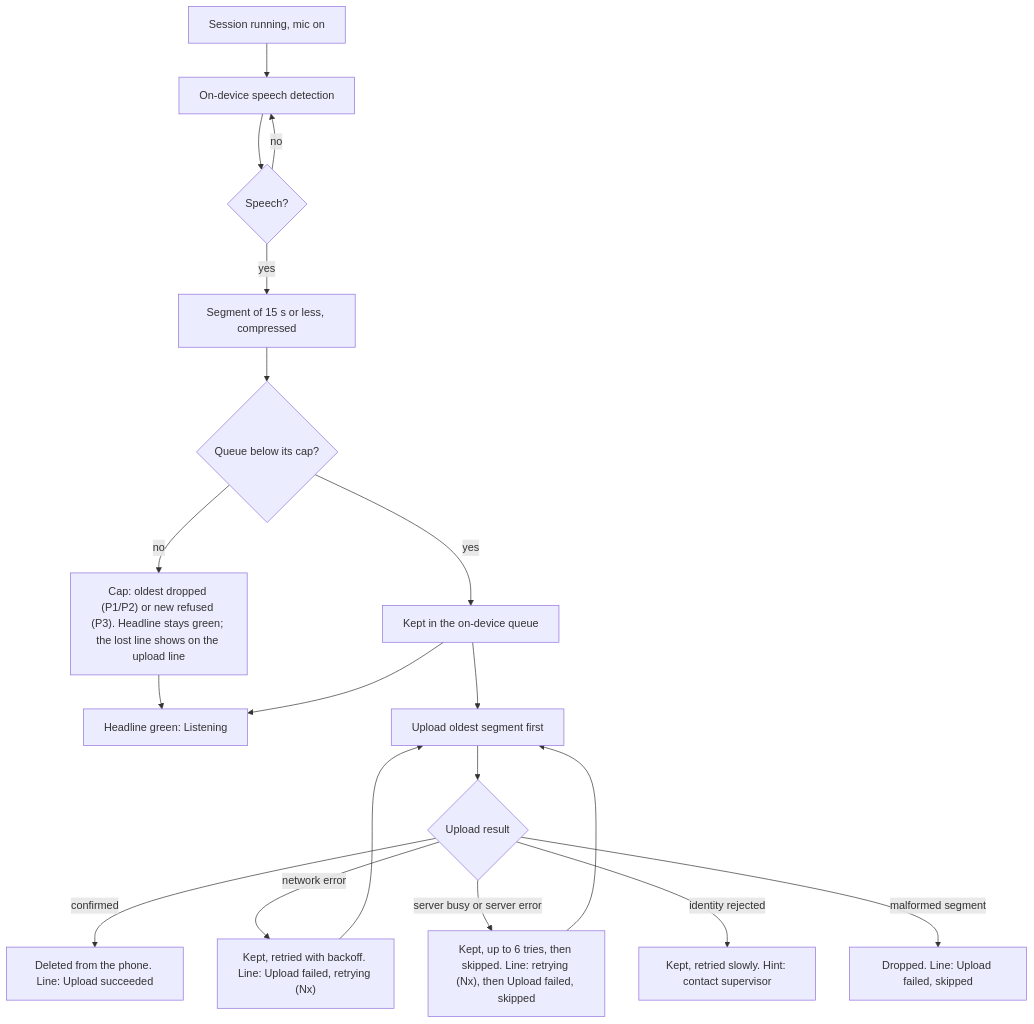
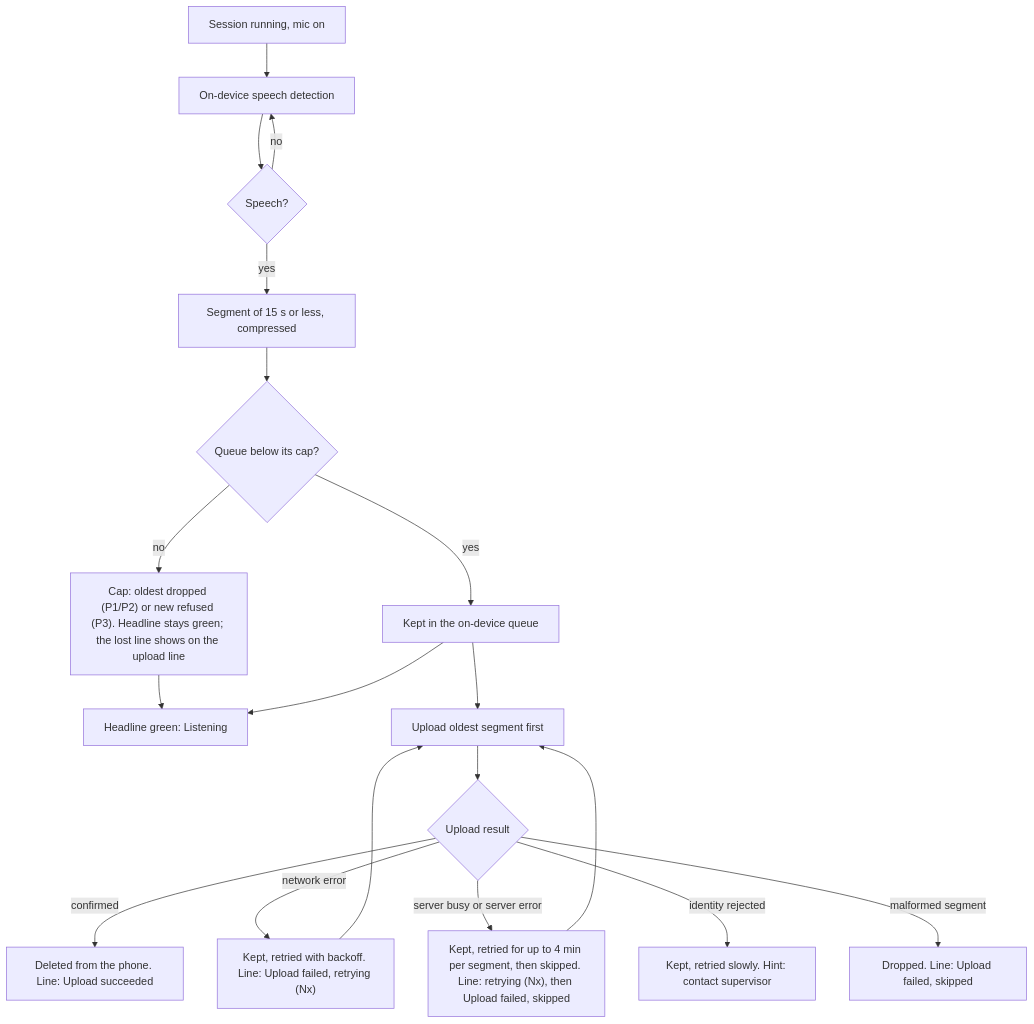
Before and after one commit to ranggabagas30/bee6: the fourth of 12 diagrams in docs/specs/technical-specification.md, drawn with Mermaid. The commit also changed other lines of this file and 5 other files, not shown here.

First line of the commit message:
docs: bring the technical specification, architecture and specs up to date (18 Oct)

````diff
--- a/docs/specs/technical-specification.md
+++ b/docs/specs/technical-specification.md
@@ -580,21 +595,21 @@
 ```mermaid
 flowchart TD
     B1["Session running, mic on"] --> B2["On-device speech detection"]
     B2 --> B3{"Speech?"}
     B3 -->|no| B2
     B3 -->|yes| B4["Segment of 15 s or less, compressed"]
     B4 --> B5{"Queue below its cap?"}
     B5 -->|no| B7["Cap: oldest dropped (P1/P2) or new refused (P3). Headline stays green; the lost line shows on the upload line"]
     B7 --> B8
     B5 -->|yes| B6["Kept in the on-device queue"]
     B6 --> B8["Headline green: Listening"]
     B6 --> B9["Upload oldest segment first"]
     B9 --> B10{"Upload result"}
     B10 -->|confirmed| B11["Deleted from the phone. Line: Upload succeeded"]
     B10 -->|"network error"| B12["Kept, retried with backoff. Line: Upload failed, retrying (Nx)"]
-    B10 -->|"server busy or server error"| B12b["Kept, up to 6 tries, then skipped. Line: retrying (Nx), then Upload failed, skipped"]
+    B10 -->|"server busy or server error"| B12b["Kept, retried for up to 4 min per segment, then skipped. Line: retrying (Nx), then Upload failed, skipped"]
     B12b --> B9
     B12 --> B9
     B10 -->|"identity rejected"| B13["Kept, retried slowly. Hint: contact supervisor"]
     B10 -->|"malformed segment"| B14["Dropped. Line: Upload failed, skipped"]
 ```
````
